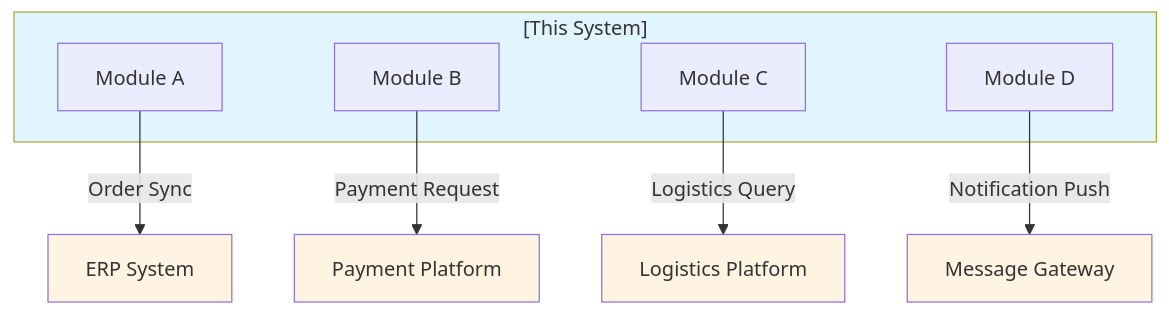
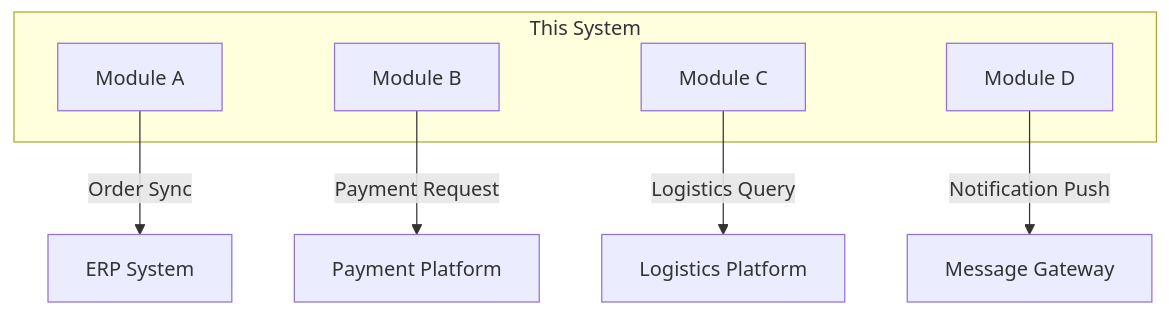
The fifth of 5 diagrams in .speccrew/skills/speccrew-knowledge-system-summarize/templates/SYSTEM-OVERVIEW-TEMPLATE.md (charlesmu99/speccrew), drawn with Mermaid before and after one commit. The commit also changed other lines of this file and 9 other files, not shown here.

First line of the commit message:
feat(knowledge-skills): enhance documentation templates with source traceability and Mermaid compatibility

````diff
--- a/.speccrew/skills/speccrew-knowledge-system-summarize/templates/SYSTEM-OVERVIEW-TEMPLATE.md
+++ b/.speccrew/skills/speccrew-knowledge-system-summarize/templates/SYSTEM-OVERVIEW-TEMPLATE.md
@@ -224,25 +227,19 @@
 ```mermaid
 graph TB
-    subgraph ThisSystem["[This System]"]
+    subgraph ThisSystem["This System"]
         A[Module A]
         B[Module B]
         C[Module C]
         D[Module D]
     end
     
     ERP[ERP System]
     PAY[Payment Platform]
     LOG[Logistics Platform]
     MSG[Message Gateway]
     
     A -->|Order Sync| ERP
     B -->|Payment Request| PAY
     C -->|Logistics Query| LOG
     D -->|Notification Push| MSG
-    
-    style ThisSystem fill:#e1f5ff
-    style ERP fill:#fff4e1
-    style PAY fill:#fff4e1
-    style LOG fill:#fff4e1
-    style MSG fill:#fff4e1
 ```
````
